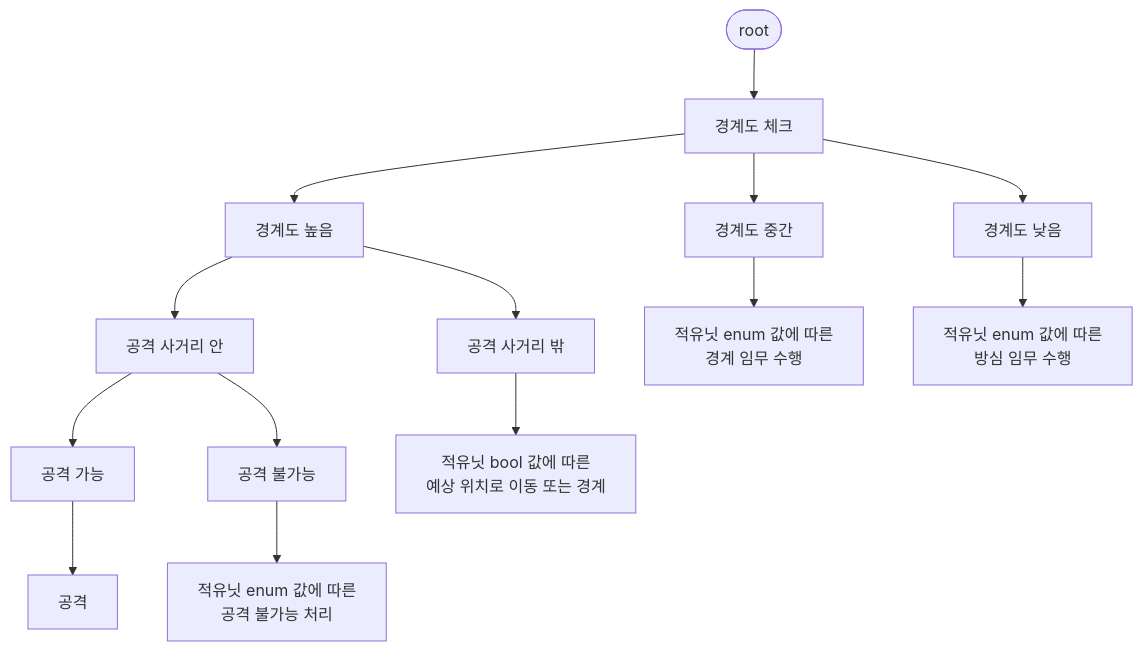
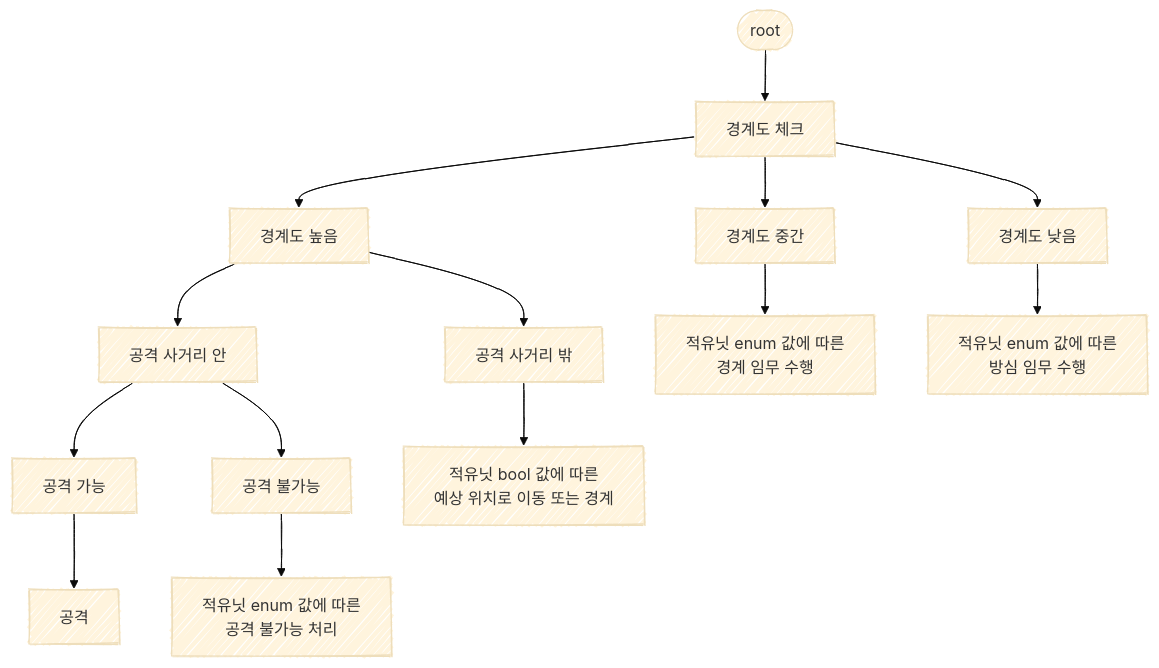
The third of 4 diagrams in _posts/game_dev/portfolio/2025-11-25-JAD_EnemyUnit.md (SoftHamzzi/SoftHamzzi.github.io), drawn with Mermaid before and after one commit. The commit also changed other lines of this file and 2 other files, not shown here.

First line of the commit message:
fix: mermaid 사용성 증대

````diff
--- a/_posts/game_dev/portfolio/2025-11-25-JAD_EnemyUnit.md
+++ b/_posts/game_dev/portfolio/2025-11-25-JAD_EnemyUnit.md
@@ -115,16 +115,18 @@
-<div class="mermaid">
+```mermaid
 ---
 config:
   layout: dagre
+  theme: base
+  look: handDrawn
 ---
 flowchart TB
     root(["root"]) --> levelCheck["경계도 체크"]
     levelCheck --> high["경계도 높음"] & mid["경계도 중간"] & low["경계도 낮음"]
     high --> outRange["공격 사거리 밖"] & inRange["공격 사거리 안"]
     inRange --> canAttack["공격 가능"] & cantAttack["공격 불가능"]
     canAttack --> canAttackAction["공격"]
     cantAttack --> cantAttackAction["적유닛 enum 값에 따른<br>공격 불가능 처리"]
     outRange --> moveAction["적유닛 bool 값에 따른<br>예상 위치로 이동 또는 경계"]
     mid --> midAction["적유닛 enum 값에 따른<br>경계 임무 수행"]
     low --> lowAction["적유닛 enum 값에 따른<br>방심 임무 수행"]
-</div>
+```
````
